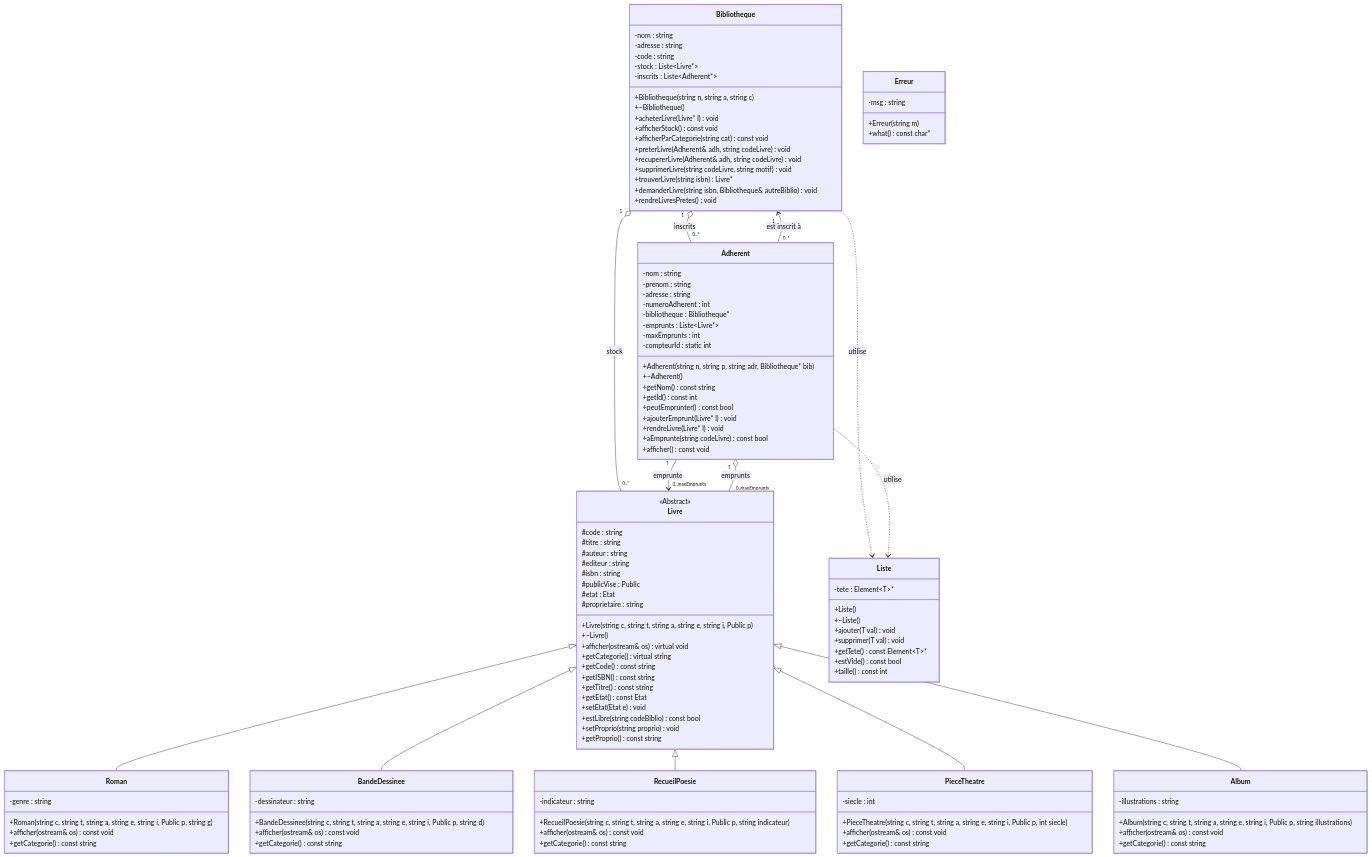
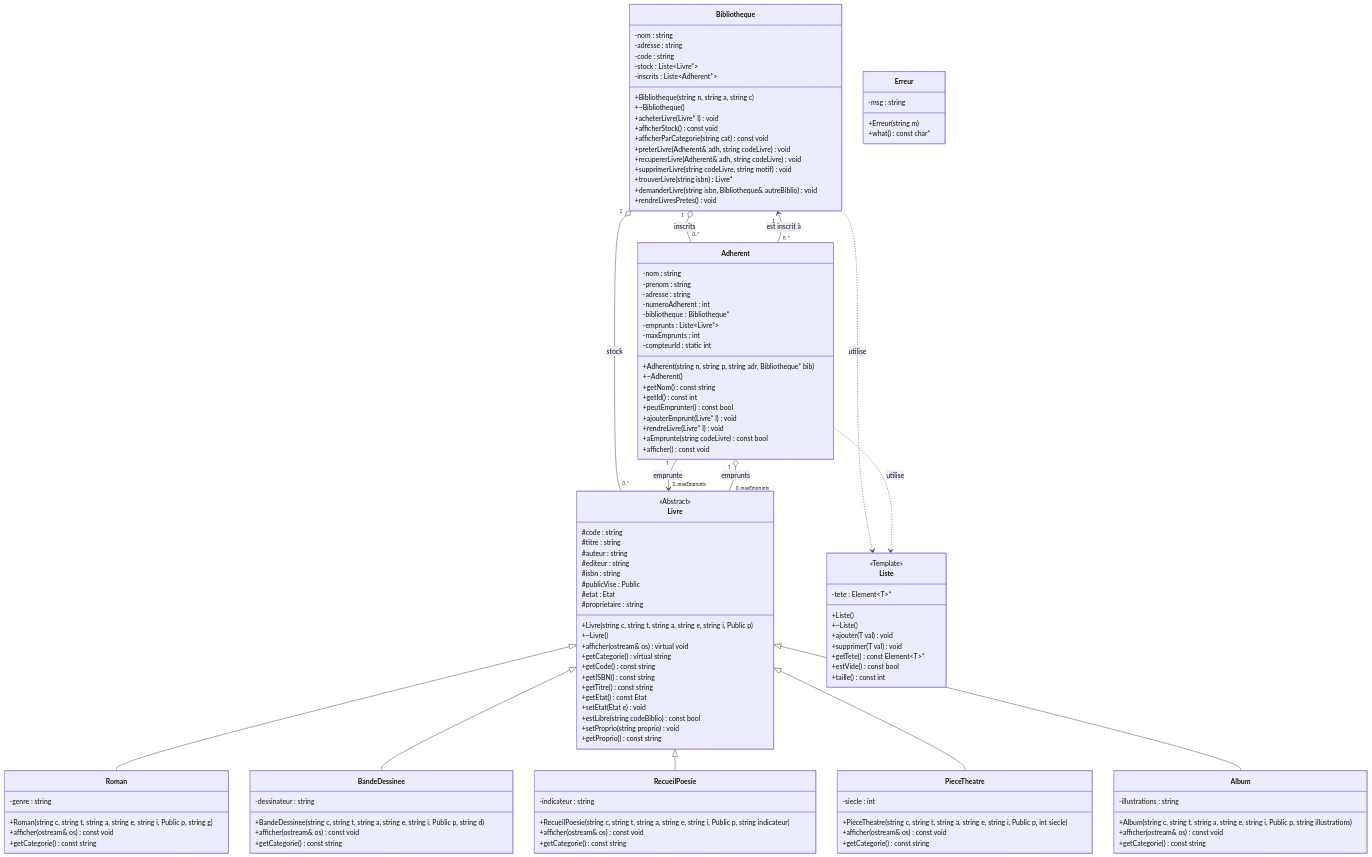
Before and after one commit to gui2L/ECM_2A_ProgrammationObjet: the diagram in projet_cpp/README.md, drawn with Mermaid. The commit also changed 1 other file, not shown here.

Commit message:
feat: update UML diagram

```diff
--- a/projet_cpp/README.md
+++ b/projet_cpp/README.md
@@ -21,6 +21,7 @@
     Adherent ..> Liste : utilise
 
     class Liste~T~ {
+        <<Template>>
         -tete : Element~T~#42;
         +Liste()
         +~Liste()
```
